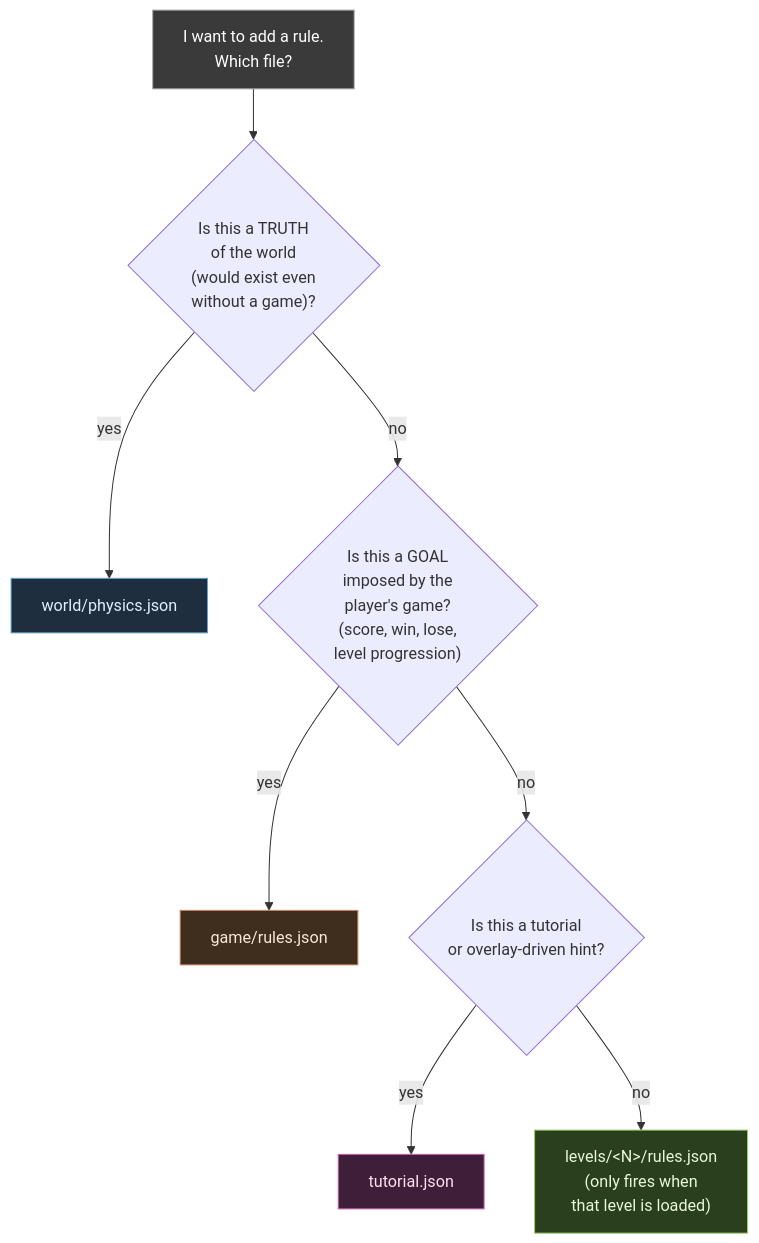
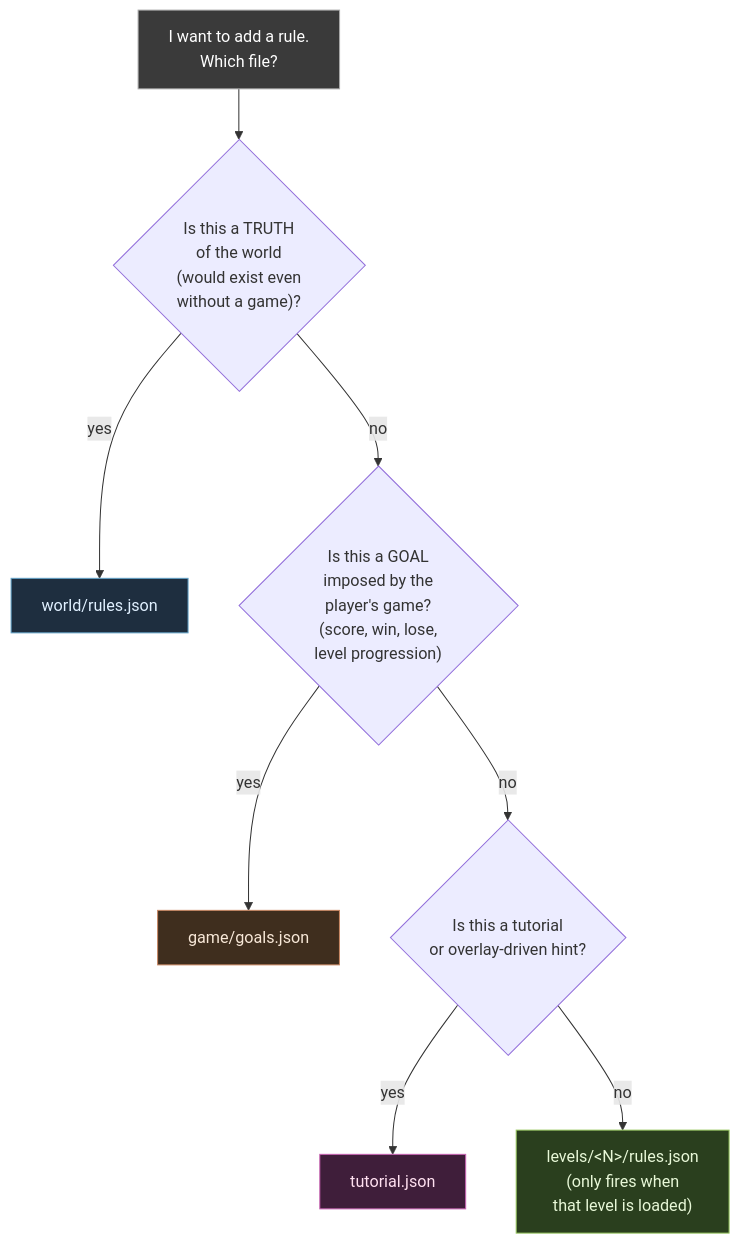
Before and after one commit to kamwoh/yume: diagram 24 of 35 in docs/33_yume_full_architecture.md, drawn with Mermaid. The commit also changed other lines of this file and 37 other files, not shown here.

````diff
--- a/docs/33_yume_full_architecture.md
+++ b/docs/33_yume_full_architecture.md
@@ -1184,18 +1184,18 @@
 ```mermaid
 flowchart TB
     Q["I want to add a rule.<br/>Which file?"]:::action
 
     Q --> Q1{"Is this a TRUTH<br/>of the world<br/>(would exist even<br/>without a game)?"}
-    Q1 -->|yes| Phys["world/physics.json"]:::phys
+    Q1 -->|yes| Phys["world/rules.json"]:::phys
     Q1 -->|no| Q2{"Is this a GOAL<br/>imposed by the<br/>player's game?<br/>(score, win, lose,<br/>level progression)"}
-    Q2 -->|yes| Game["game/rules.json"]:::game
+    Q2 -->|yes| Game["game/goals.json"]:::game
     Q2 -->|no| Q3{"Is this a tutorial<br/>or overlay-driven hint?"}
     Q3 -->|yes| Tut["tutorial.json"]:::tut
     Q3 -->|no| Lvl["levels/&lt;N&gt;/rules.json<br/>(only fires when<br/>that level is loaded)"]:::lvl
 
     classDef action fill:#3a3a3a,stroke:#aaa,color:#fff
     classDef phys fill:#1e2e3f,stroke:#62a3c9,color:#e0f0ff
     classDef game fill:#3f2e1e,stroke:#c98762,color:#f8e8d8
     classDef tut fill:#3f1e3a,stroke:#c962b3,color:#ffe0f0
     classDef lvl fill:#2a3f1e,stroke:#9ac962,color:#e8f8d8
 ```
````
